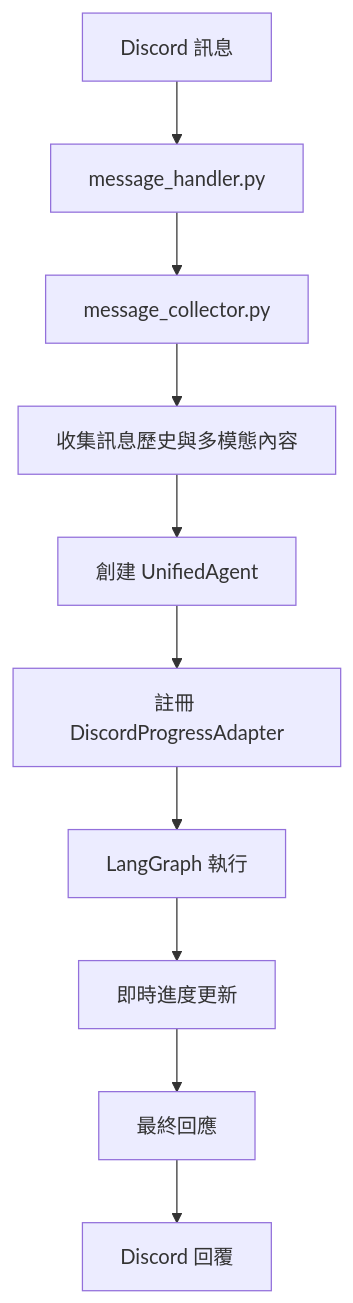
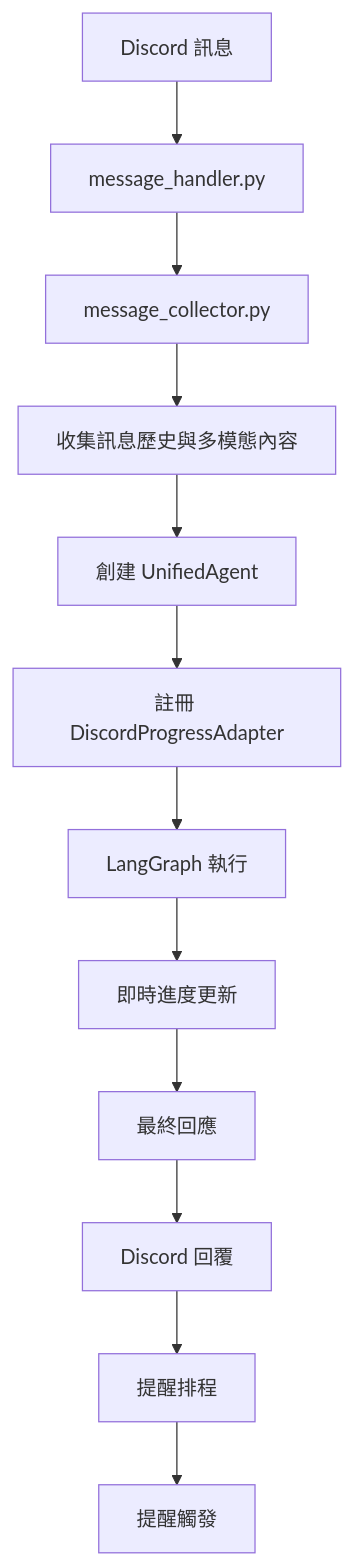
One commit to csvt32745/DCPersona changed the first of 2 diagrams in project_structure.md. Above: the diagram before and after it, drawn with Mermaid. The commit also changed other lines of this file and 35 other files, not shown here.

````diff
--- a/project_structure.md
+++ b/project_structure.md
@@ -85,12 +92,14 @@
 ```mermaid
 flowchart TD
     A[Discord 訊息] --> B[message_handler.py]
     B --> C[message_collector.py]
     C --> D[收集訊息歷史與多模態內容]
     D --> E[創建 UnifiedAgent]
     E --> F[註冊 DiscordProgressAdapter]
     F --> G[LangGraph 執行]
     G --> H[即時進度更新]
     H --> I[最終回應]
     I --> J[Discord 回覆]
+    J --> K[提醒排程]
+    K --> L[提醒觸發]
 ```
````
